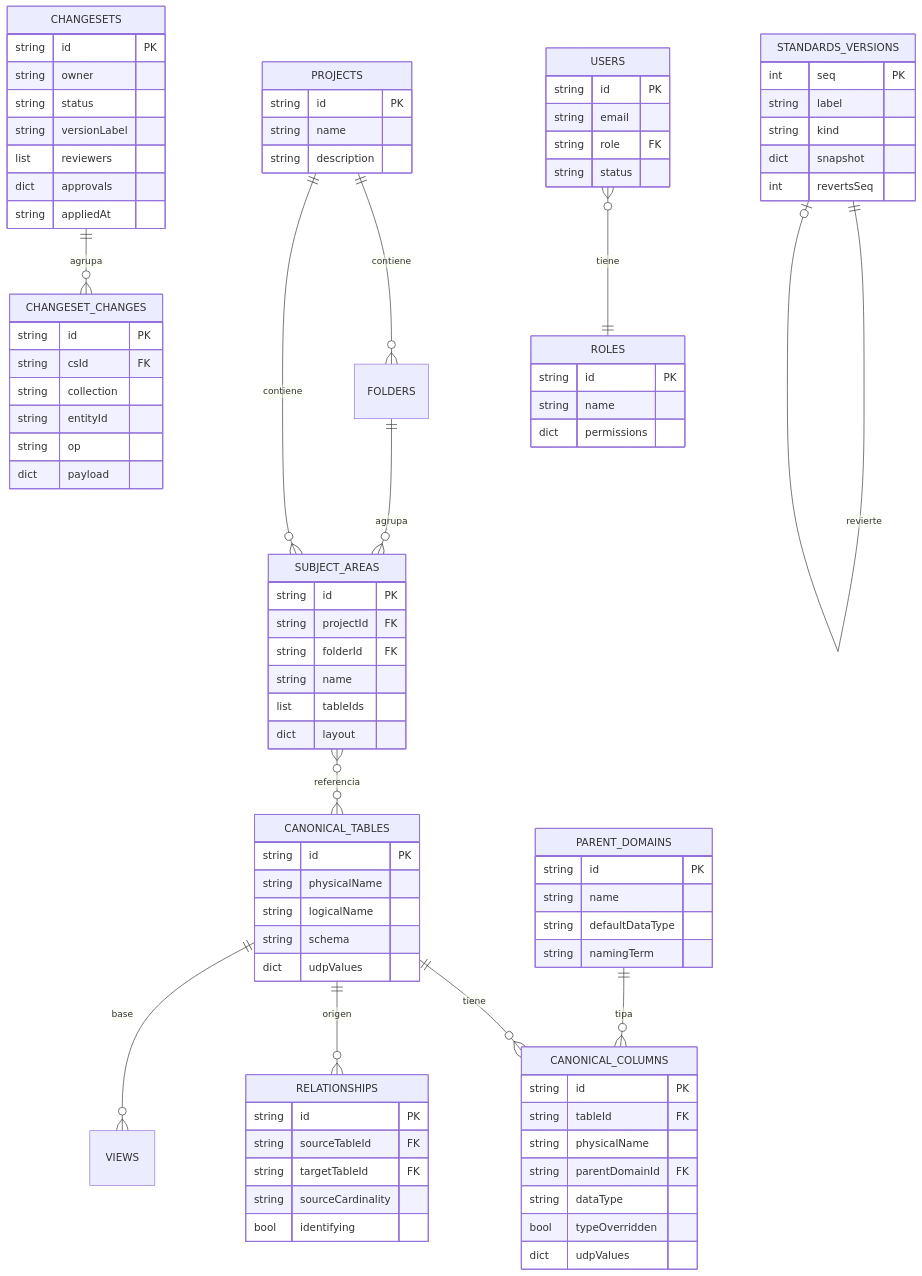
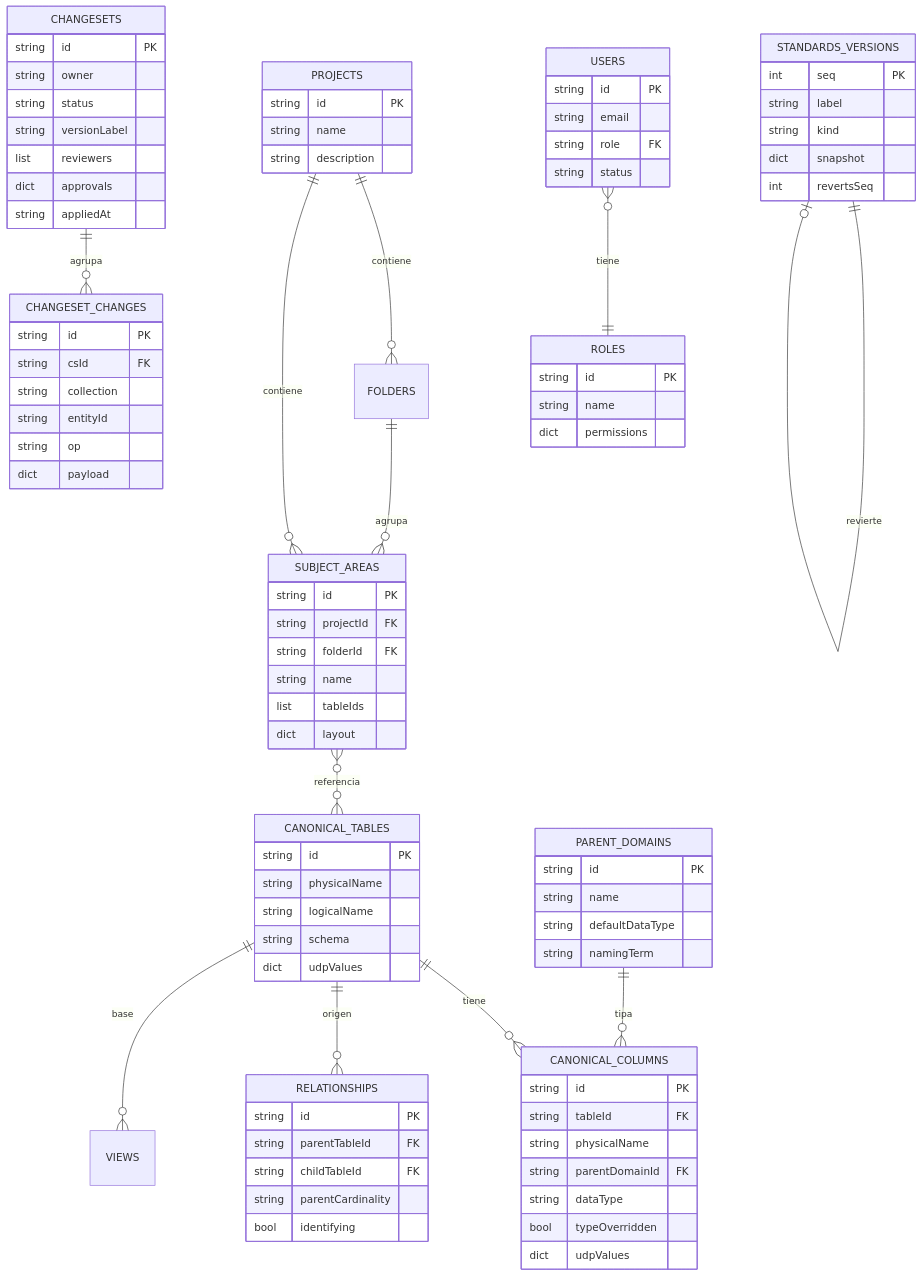
Before and after one commit to Carlosmps97/backend-data-model-hub: the sixth of 6 diagrams in doc/arquitectura.md, drawn with Mermaid. The commit also changed other lines of this file and 91 other files, not shown here.

```diff
--- a/doc/arquitectura.md
+++ b/doc/arquitectura.md
@@ -469,9 +469,9 @@
     }
     RELATIONSHIPS {
         string id PK
-        string sourceTableId FK
-        string targetTableId FK
-        string sourceCardinality
+        string parentTableId FK
+        string childTableId FK
+        string parentCardinality
         bool identifying
     }
     CHANGESETS {
```
